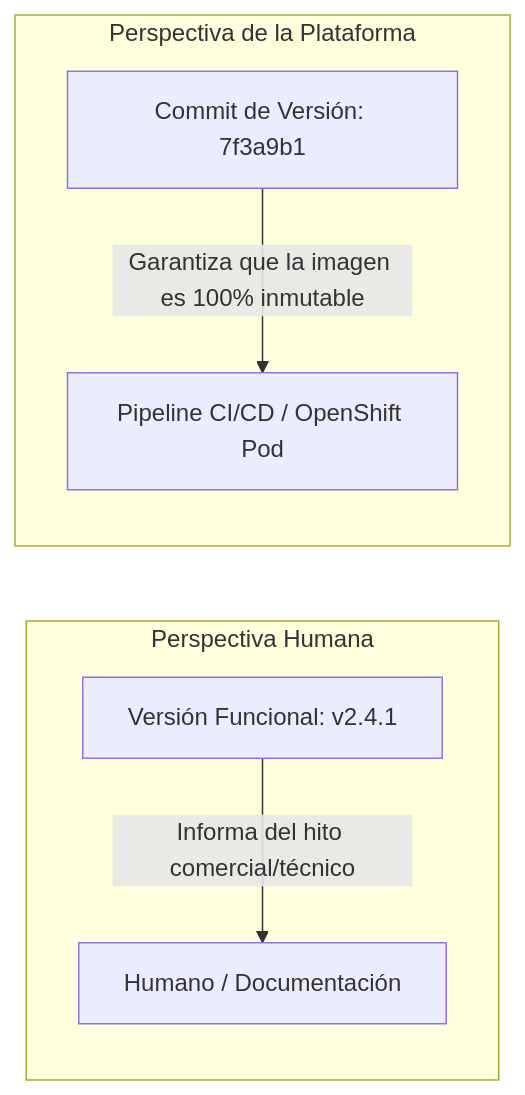
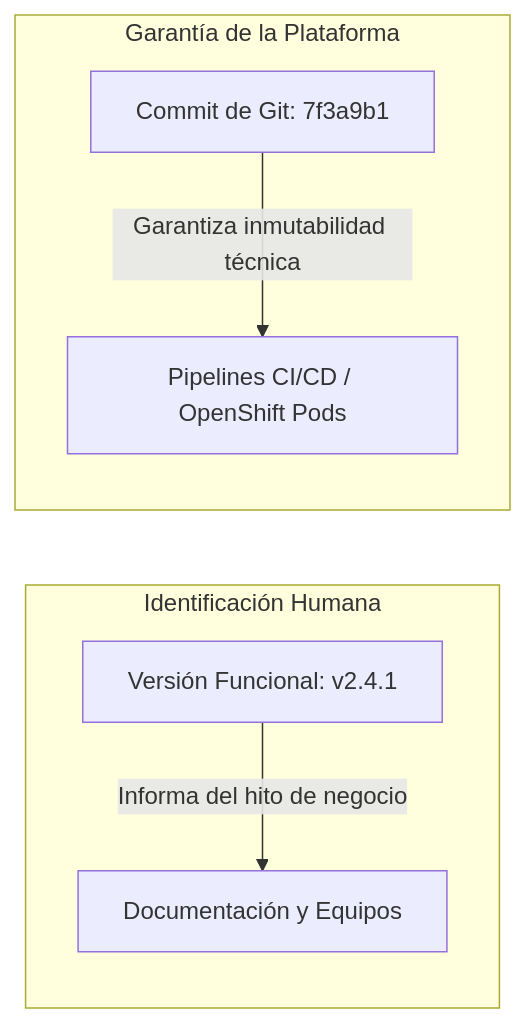
The fifth of 7 diagrams in docs/sesion4/4.4 Registro, gestión y seguridad de imágenes.md (ieftraining/curso-openshift), drawn with Mermaid before and after one commit. The commit also changed other lines of this file, not shown here.

````diff
--- a/docs/sesion4/4.4 Registro, gestión y seguridad de imágenes.md
+++ b/docs/sesion4/4.4 Registro, gestión y seguridad de imágenes.md
@@ -129,10 +124,10 @@
 ```mermaid
 flowchart LR
-    subgraph Perspectiva Humana
-        V[Versión Funcional: v2.4.1] -->|Informa del hito comercial/técnico| H[Humano / Documentación]
+    subgraph Identificación Humana
+        V[Versión Funcional: v2.4.1] -->|Informa del hito de negocio| H[Documentación y Equipos]
     end
 
-    subgraph Perspectiva de la Plataforma
-        C[Commit de Versión: 7f3a9b1] -->|Garantiza que la imagen es 100% inmutable| P[Pipeline CI/CD / OpenShift Pod]
+    subgraph Garantía de la Plataforma
+        C[Commit de Git: 7f3a9b1] -->|Garantiza inmutabilidad técnica| P[Pipelines CI/CD / OpenShift Pods]
     end
 ```
````
